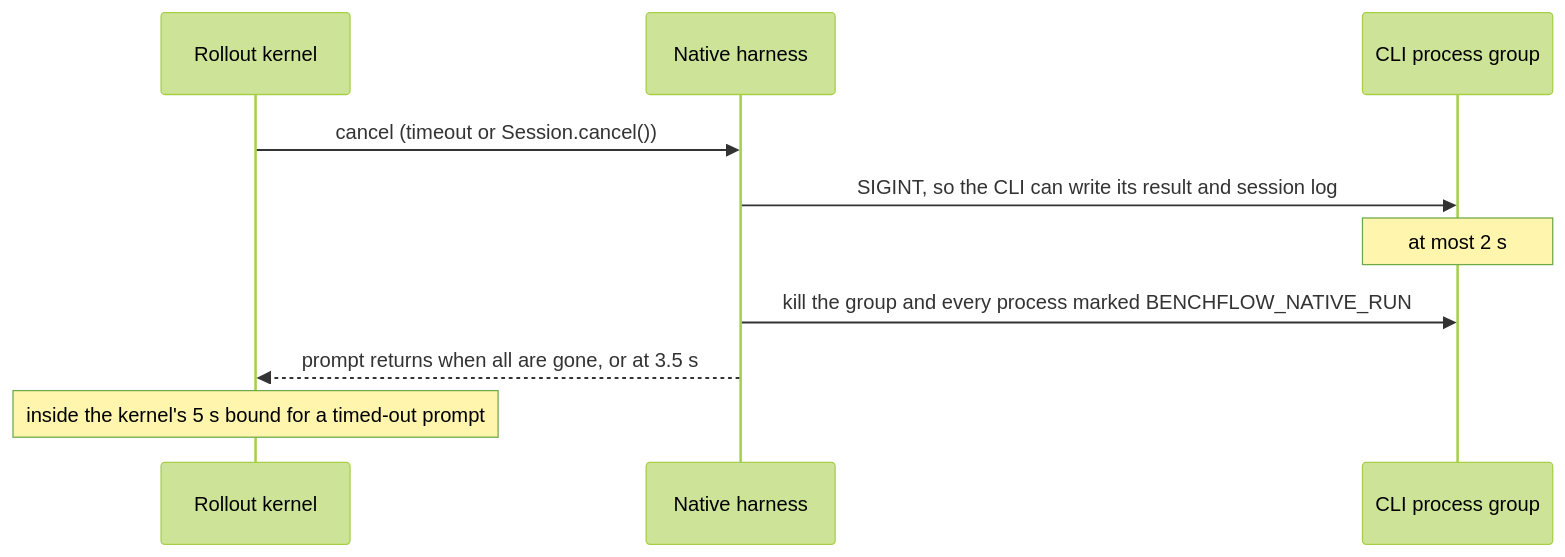
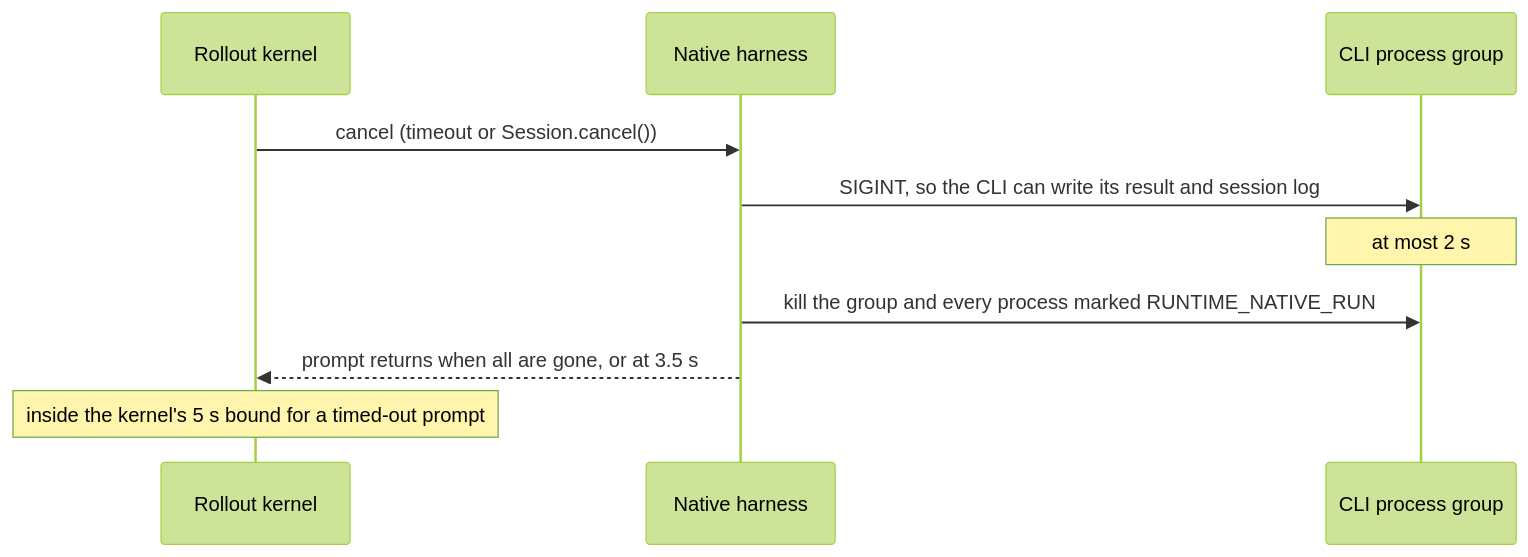
One commit to benchflow-ai/benchflow changed the diagram in docs/contributing/native-harness-internals.md. Above: the diagram before and after it, drawn with Mermaid (forest theme). The commit also changed other lines of this file and 1169 other files, not shown here.

````diff
--- a/docs/contributing/native-harness-internals.md
+++ b/docs/contributing/native-harness-internals.md
@@ -41,12 +44,12 @@
 ```mermaid
 sequenceDiagram
   participant K as Rollout kernel
   participant H as Native harness
   participant C as CLI process group
   K->>H: cancel (timeout or Session.cancel())
   H->>C: SIGINT, so the CLI can write its result and session log
   Note over C: at most 2 s
-  H->>C: kill the group and every process marked BENCHFLOW_NATIVE_RUN
+  H->>C: kill the group and every process marked RUNTIME_NATIVE_RUN
   H-->>K: prompt returns when all are gone, or at 3.5 s
   Note over K: inside the kernel's 5 s bound for a timed-out prompt
 ```
````
